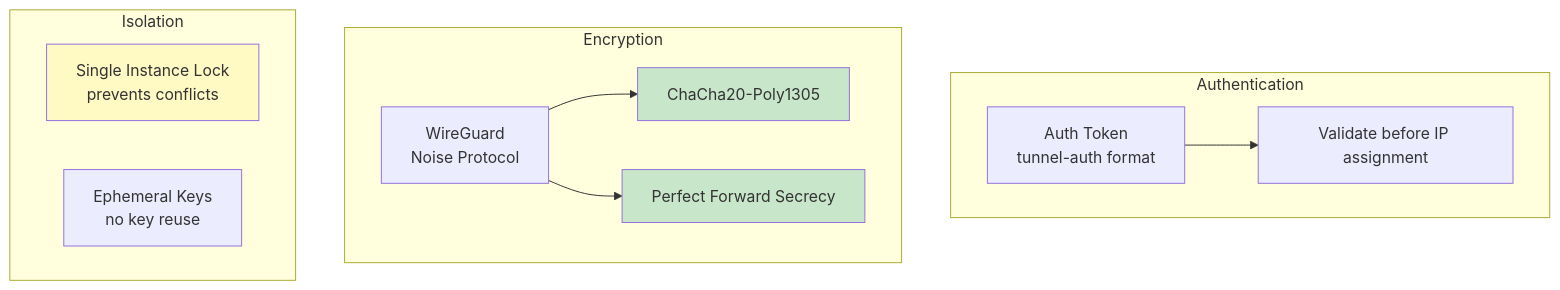
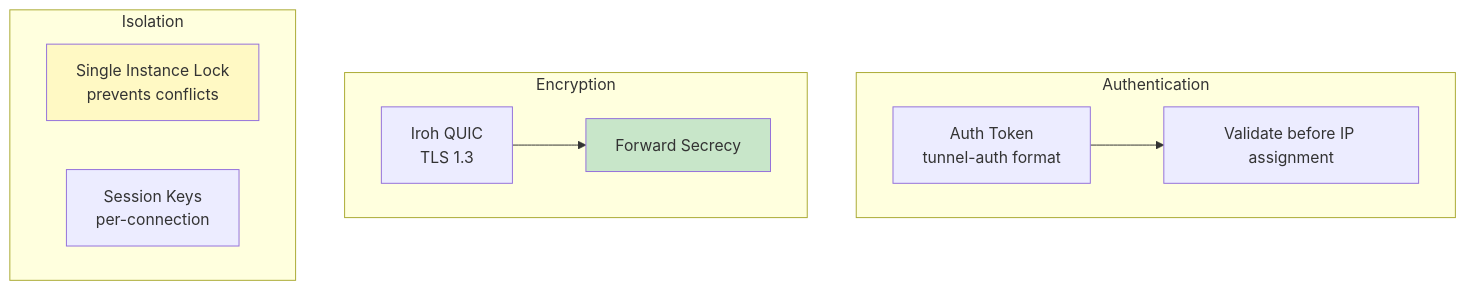
Before and after one commit to andrewtheguy/vpn-rs: diagram 14 of 42 in docs/ARCHITECTURE.md, drawn with Mermaid. The commit also changed other lines of this file, not shown here.

Commit message:
fix: update VPN mode documentation to reflect direct IP-over-QUIC encryption and remove WireGuard references

````diff
--- a/docs/ARCHITECTURE.md
+++ b/docs/ARCHITECTURE.md
@@ -629,26 +598,23 @@
 ```mermaid
 graph TB
     subgraph "Authentication"
         A[Auth Token<br/>tunnel-auth format]
         B[Validate before IP assignment]
     end
 
     subgraph "Encryption"
-        C[WireGuard<br/>Noise Protocol]
-        D[ChaCha20-Poly1305]
-        E[Perfect Forward Secrecy]
+        C[Iroh QUIC<br/>TLS 1.3]
+        E[Forward Secrecy]
     end
 
     subgraph "Isolation"
         F[Single Instance Lock<br/>prevents conflicts]
-        G[Ephemeral Keys<br/>no key reuse]
+        G[Session Keys<br/>per-connection]
     end
 
     A --> B
-    C --> D
     C --> E
 
-    style D fill:#C8E6C9
     style E fill:#C8E6C9
     style F fill:#FFF9C4
 ```
````
